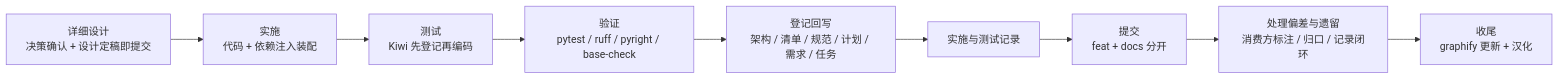
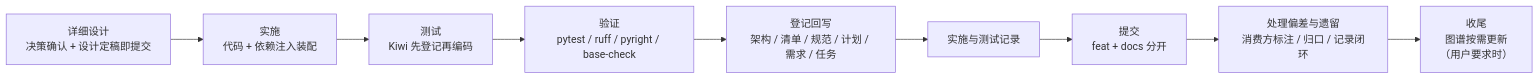
One commit to minjian123/basic-management-system changed the third of 3 diagrams in bms文档/规范/AI开发规范.md. Above: the diagram before and after it, drawn with Mermaid. The commit also changed other lines of this file and 10 other files, not shown here.

Commit message:
docs(规范): 知识图谱改为按需更新（仅用户要求时）

````diff
--- a/bms文档/规范/AI开发规范.md
+++ b/bms文档/规范/AI开发规范.md
@@ -73,11 +73,11 @@
 ```mermaid
 flowchart LR
     D["详细设计<br/>决策确认 + 设计定稿即提交"] --> I["实施<br/>代码 + 依赖注入装配"]
     I --> T["测试<br/>Kiwi 先登记再编码"]
     T --> V["验证<br/>pytest / ruff / pyright / base-check"]
     V --> R["登记回写<br/>架构 / 清单 / 规范 / 计划 / 需求 / 任务"]
     R --> W["实施与测试记录"]
     W --> C["提交<br/>feat + docs 分开"]
     C --> L["处理偏差与遗留<br/>消费方标注 / 归口 / 记录闭环"]
-    L --> G["收尾<br/>graphify 更新 + 汉化"]
+    L --> G["收尾<br/>图谱按需更新<br/>（用户要求时）"]
 ```
````
